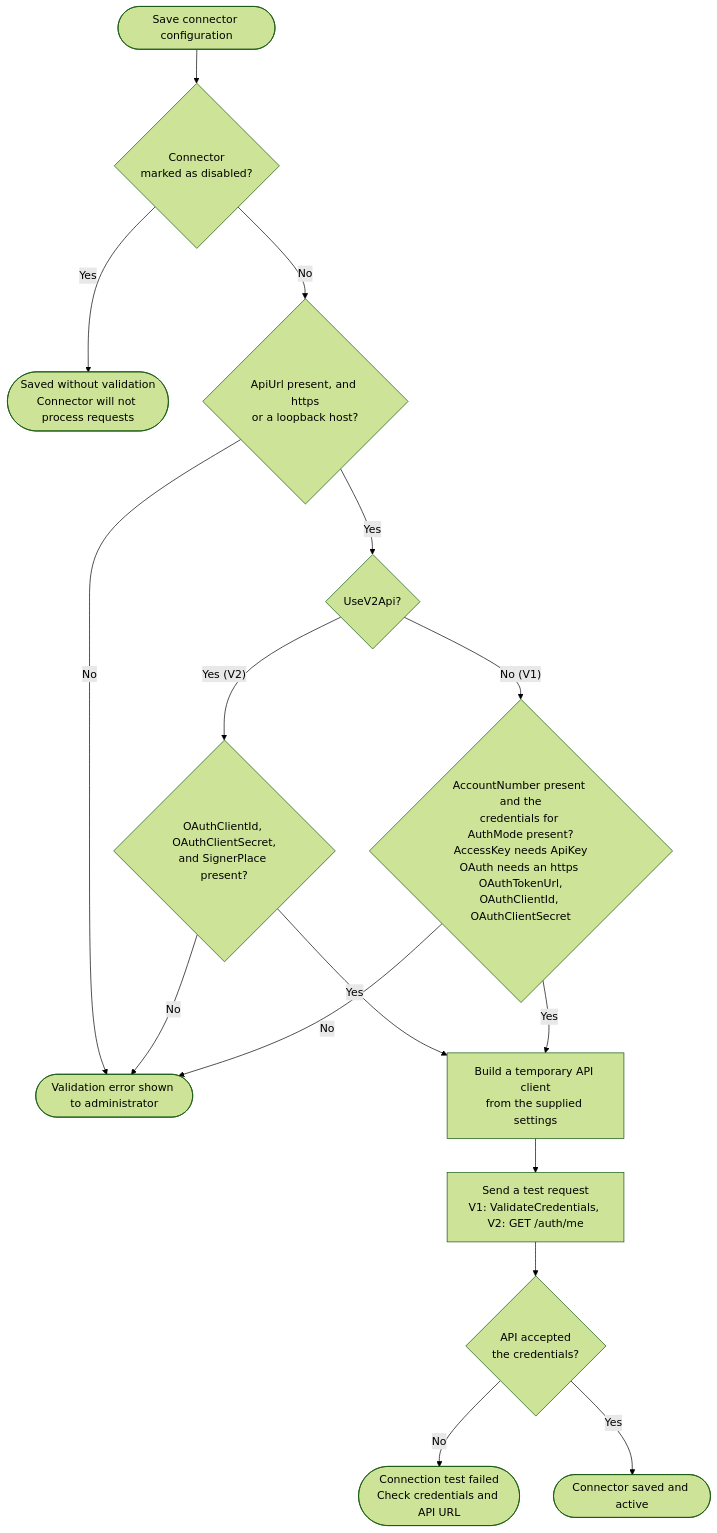
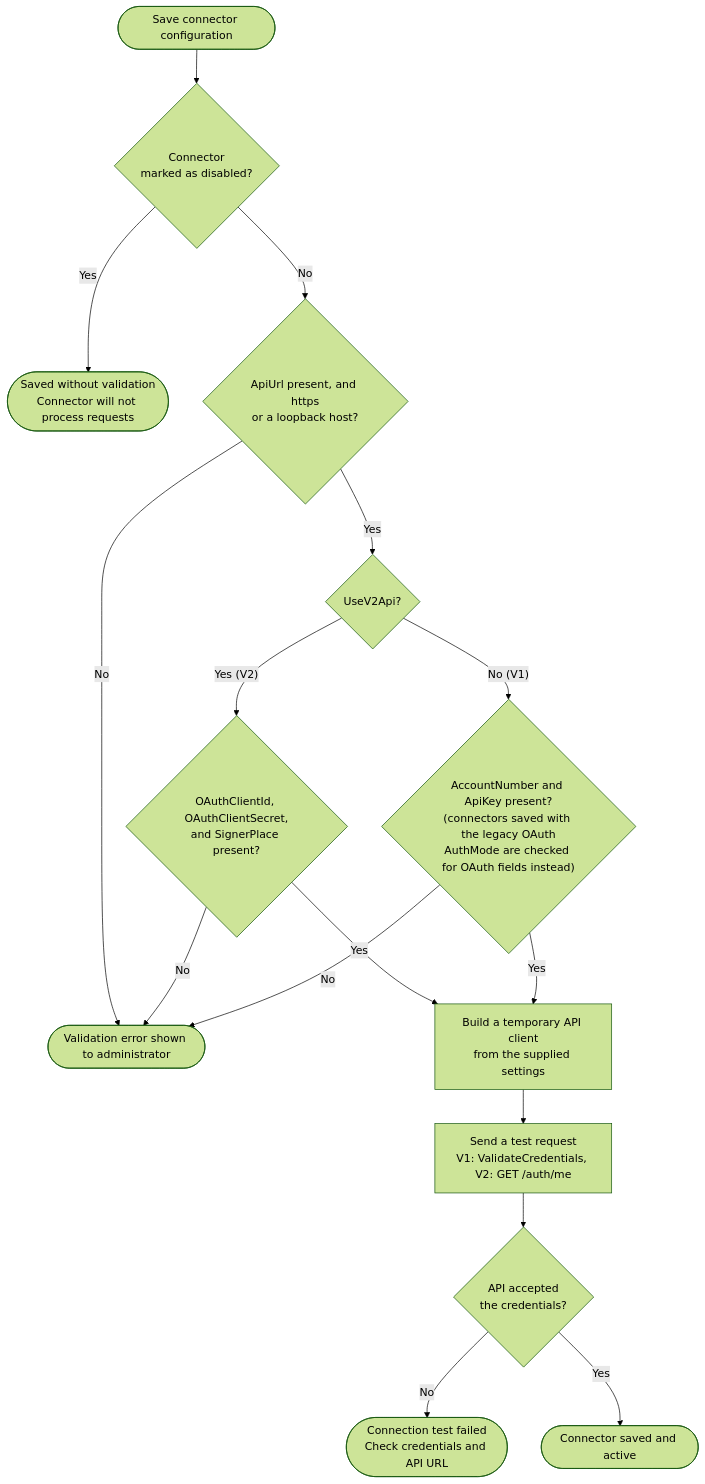
One commit to Keyfactor/certinext-caplugin changed the tenth of 10 diagrams in docsource/architecture.md. Above: the diagram before and after it, drawn with Mermaid (forest theme). The commit also changed other lines of this file and 3 other files, not shown here.

First line of the commit message:
docs: fix architecture, migration, developer guide, and changelog accuracy and readability

````diff
--- a/docsource/architecture.md
+++ b/docsource/architecture.md
@@ -455,18 +492,18 @@
 ```mermaid
 flowchart TD
     A([Save connector configuration]) --> B{Connector<br/>marked as disabled?}
     B -- Yes --> C(["Saved without validation<br/>Connector will not process requests"])
     B -- No --> D{"ApiUrl present, and https<br/>or a loopback host?"}
     D -- No --> E(["Validation error shown to administrator"])
     D -- Yes --> F{UseV2Api?}
     F -- "Yes (V2)" --> G{"OAuthClientId, OAuthClientSecret,<br/>and SignerPlace present?"}
-    F -- "No (V1)" --> H{"AccountNumber present and the<br/>credentials for AuthMode present?<br/>AccessKey needs ApiKey<br/>OAuth needs an https OAuthTokenUrl,<br/>OAuthClientId, OAuthClientSecret"}
+    F -- "No (V1)" --> H{"AccountNumber and ApiKey present?<br/>(connectors saved with the legacy OAuth<br/>AuthMode are checked for OAuth fields instead)"}
     G -- No --> E
     H -- No --> E
     G -- Yes --> I["Build a temporary API client<br/>from the supplied settings"]
     H -- Yes --> I
     I --> J["Send a test request<br/>V1: ValidateCredentials, V2: GET /auth/me"]
     J --> K{API accepted<br/>the credentials?}
     K -- No --> L(["Connection test failed<br/>Check credentials and API URL"])
     K -- Yes --> M(["Connector saved and active"])
 ```
````
